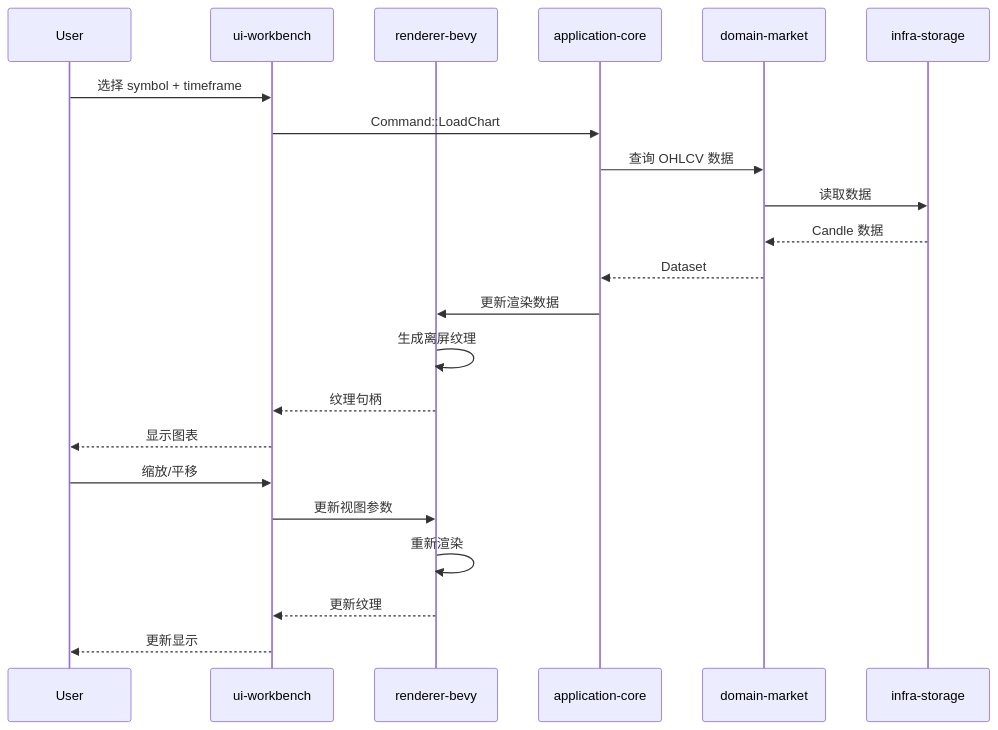
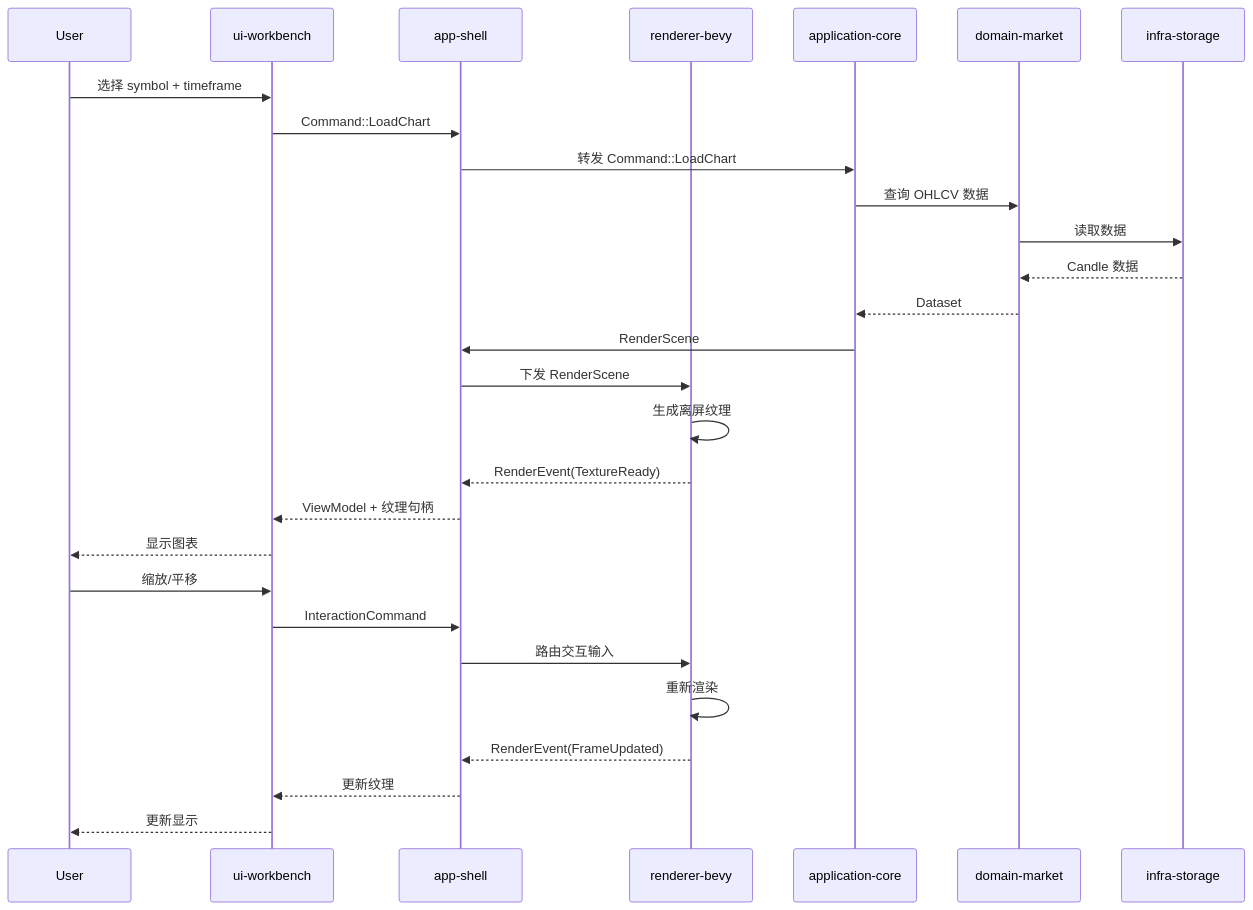
The fourth of 6 diagrams in .kiro/specs/zquant-enterprise-evolution-roadmap/design.md (smile9493/zquant), drawn with Mermaid before and after one commit. The commit also changed other lines of this file and 20 other files, not shown here.

````diff
--- a/.kiro/specs/zquant-enterprise-evolution-roadmap/design.md
+++ b/.kiro/specs/zquant-enterprise-evolution-roadmap/design.md
@@ -160,26 +207,32 @@
 ```mermaid
 sequenceDiagram
     participant User
     participant Workbench as ui-workbench
+    participant Shell as app-shell
     participant Bevy as renderer-bevy
     participant AppCore as application-core
     participant Market as domain-market
     participant Storage as infra-storage
     
     User->>Workbench: 选择 symbol + timeframe
-    Workbench->>AppCore: Command::LoadChart
+    Workbench->>Shell: Command::LoadChart
+    Shell->>AppCore: 转发 Command::LoadChart
     AppCore->>Market: 查询 OHLCV 数据
     Market->>Storage: 读取数据
     Storage-->>Market: Candle 数据
     Market-->>AppCore: Dataset
-    AppCore->>Bevy: 更新渲染数据
+    AppCore->>Shell: RenderScene
+    Shell->>Bevy: 下发 RenderScene
     Bevy->>Bevy: 生成离屏纹理
-    Bevy-->>Workbench: 纹理句柄
+    Bevy-->>Shell: RenderEvent(TextureReady)
+    Shell-->>Workbench: ViewModel + 纹理句柄
     Workbench-->>User: 显示图表
     
     User->>Workbench: 缩放/平移
-    Workbench->>Bevy: 更新视图参数
+    Workbench->>Shell: InteractionCommand
+    Shell->>Bevy: 路由交互输入
     Bevy->>Bevy: 重新渲染
-    Bevy-->>Workbench: 更新纹理
+    Bevy-->>Shell: RenderEvent(FrameUpdated)
+    Shell-->>Workbench: 更新纹理
     Workbench-->>User: 更新显示
 ```
````
